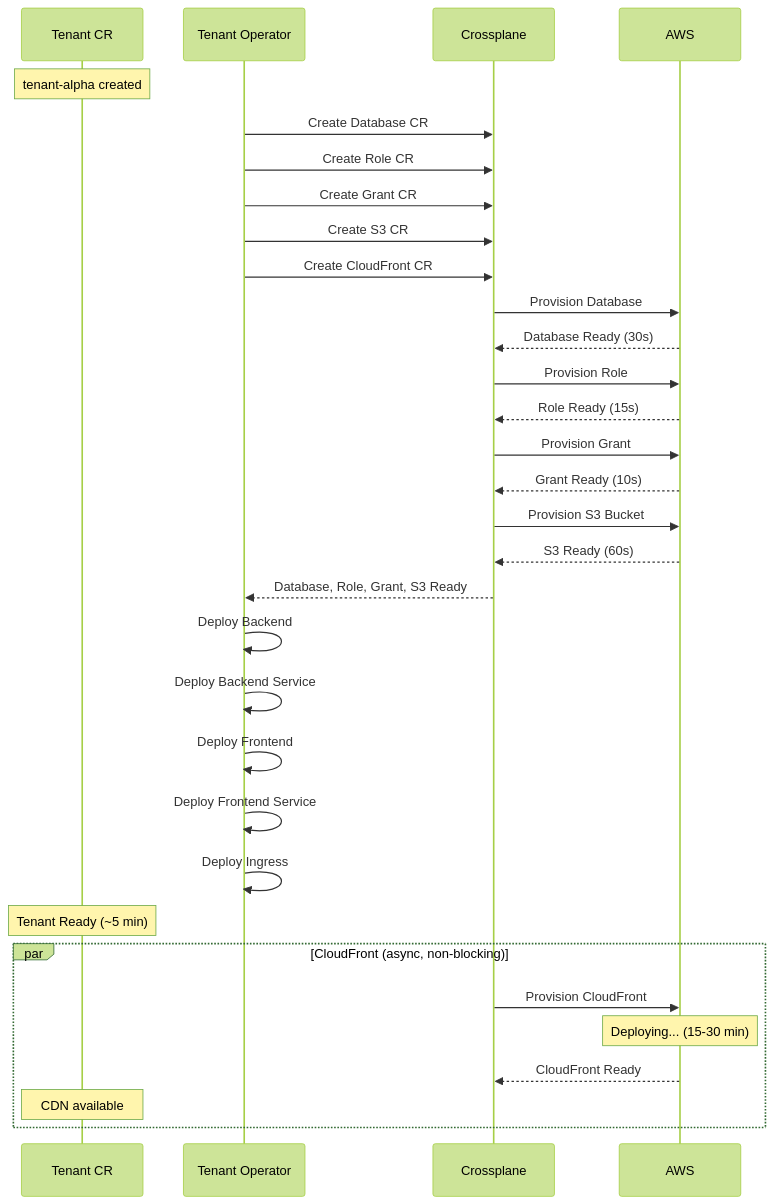
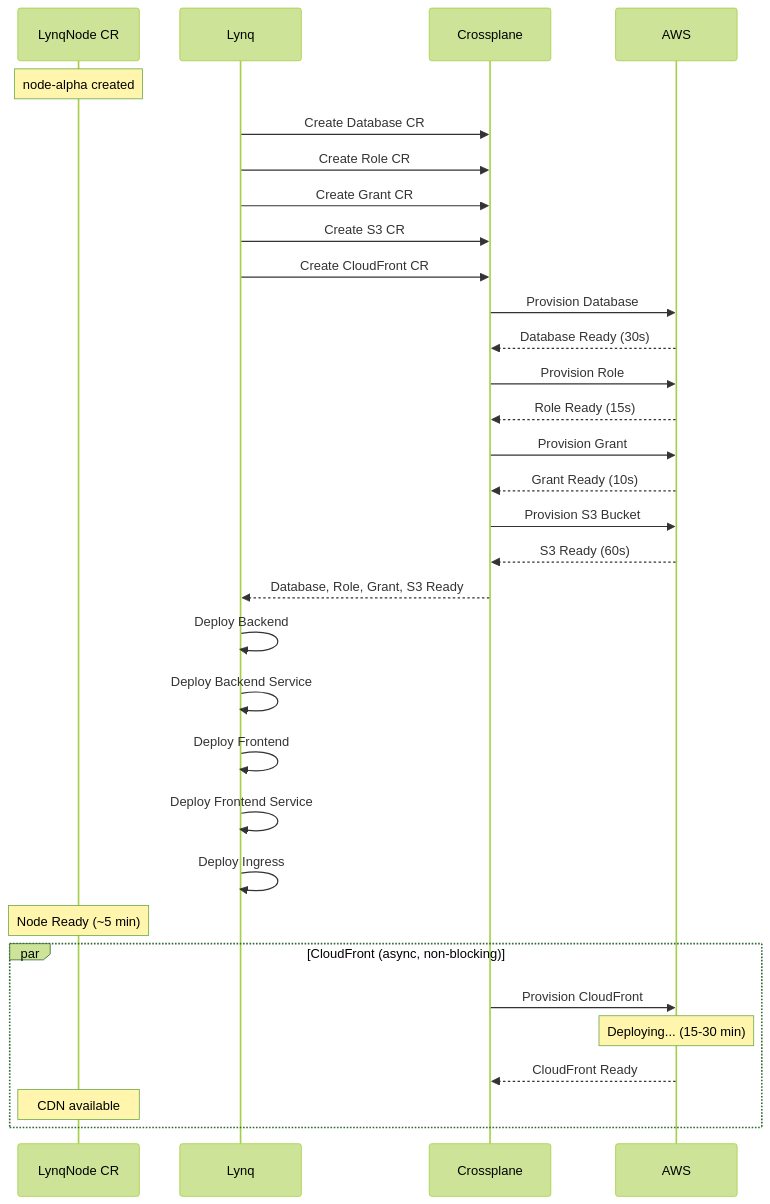
One commit to kubernetes-tenants/tenant-operator changed the second of 2 diagrams in docs/integration-crossplane.md. Above: the diagram before and after it, drawn with Mermaid (forest theme). The commit also changed other lines of this file and 203 other files, not shown here.

First line of the commit message:
refactor: Complete rename from tenant-operator to lynq

````diff
--- a/docs/integration-crossplane.md
+++ b/docs/integration-crossplane.md
@@ -52,40 +52,40 @@
 ```mermaid
 sequenceDiagram
-    participant T as Tenant CR
-    participant TO as Tenant Operator
+    participant T as LynqNode CR
+    participant TO as Lynq
     participant XP as Crossplane
     participant AWS as AWS
 
-    Note over T: tenant-alpha created
+    Note over T: node-alpha created
 
     TO->>XP: Create Database CR
     TO->>XP: Create Role CR
     TO->>XP: Create Grant CR
     TO->>XP: Create S3 CR
     TO->>XP: Create CloudFront CR
 
     XP->>AWS: Provision Database
     AWS-->>XP: Database Ready (30s)
     XP->>AWS: Provision Role
     AWS-->>XP: Role Ready (15s)
     XP->>AWS: Provision Grant
     AWS-->>XP: Grant Ready (10s)
     XP->>AWS: Provision S3 Bucket
     AWS-->>XP: S3 Ready (60s)
 
     XP-->>TO: Database, Role, Grant, S3 Ready
     TO->>TO: Deploy Backend
     TO->>TO: Deploy Backend Service
     TO->>TO: Deploy Frontend
     TO->>TO: Deploy Frontend Service
     TO->>TO: Deploy Ingress
 
-    Note over T: Tenant Ready (~5 min)
+    Note over T: Node Ready (~5 min)
 
     par CloudFront (async, non-blocking)
         XP->>AWS: Provision CloudFront
         Note over AWS: Deploying... (15-30 min)
         AWS-->>XP: CloudFront Ready
         Note over T: CDN available
     end
 ```
````
